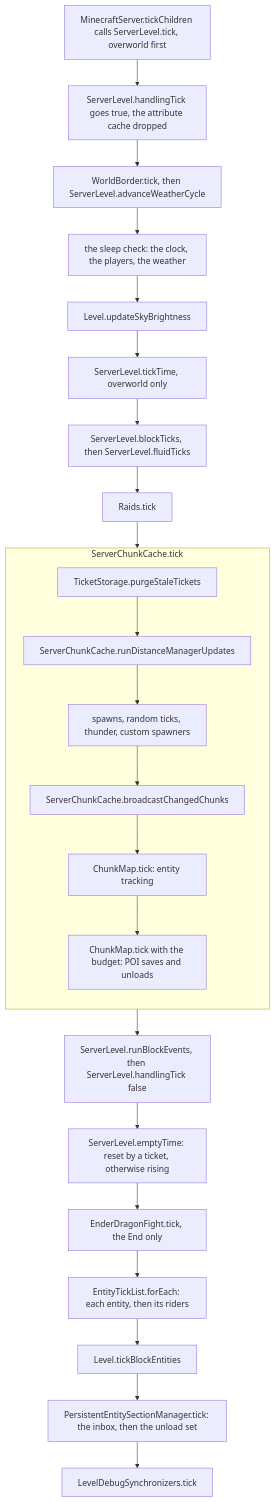
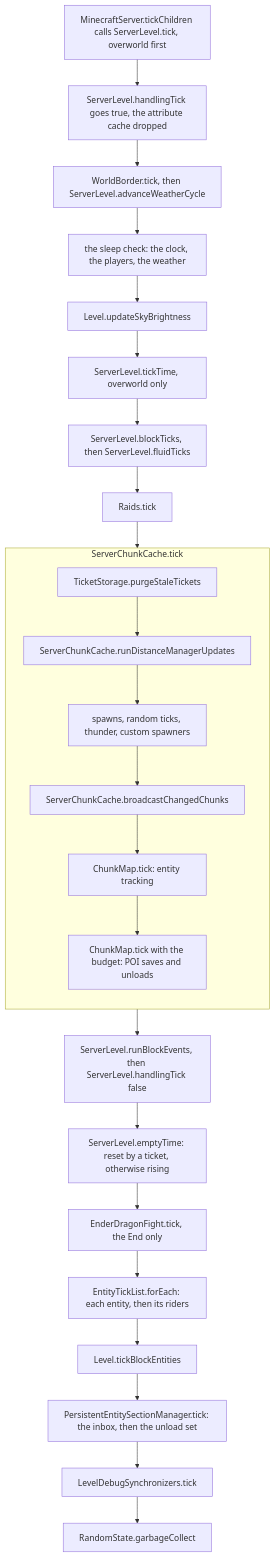
The first of 2 diagrams in src/systems/server/server-level-tick.md (AlexanderjFraser/MinecraftDocs), drawn with Mermaid before and after one commit. The commit also changed other lines of this file and 15 other files, not shown here.

````diff
--- a/src/systems/server/server-level-tick.md
+++ b/src/systems/server/server-level-tick.md
@@ -75,30 +77,31 @@
 ```mermaid
 flowchart TD
     START["MinecraftServer.tickChildren calls ServerLevel.tick, overworld first"]
     ENV["ServerLevel.handlingTick goes true, the attribute cache dropped"]
     WB["WorldBorder.tick, then ServerLevel.advanceWeatherCycle"]
     SLEEP["the sleep check: the clock, the players, the weather"]
     SKY["Level.updateSkyBrightness"]
     TIME["ServerLevel.tickTime, overworld only"]
     SCHED["ServerLevel.blockTicks, then ServerLevel.fluidTicks"]
     RAID["Raids.tick"]
     subgraph SCC["ServerChunkCache.tick"]
         direction TB
         PURGE["TicketStorage.purgeStaleTickets"]
         DIST["ServerChunkCache.runDistanceManagerUpdates"]
         CHUNKS["spawns, random ticks, thunder, custom spawners"]
         CAST["ServerChunkCache.broadcastChangedChunks"]
         TRACK["ChunkMap.tick: entity tracking"]
         UNLOAD["ChunkMap.tick with the budget: POI saves and unloads"]
         PURGE --> DIST --> CHUNKS --> CAST --> TRACK --> UNLOAD
     end
     EVENTS["ServerLevel.runBlockEvents, then ServerLevel.handlingTick false"]
     EMPTY["ServerLevel.emptyTime: reset by a ticket, otherwise rising"]
     DRAGON["EnderDragonFight.tick, the End only"]
     ENT["EntityTickList.forEach: each entity, then its riders"]
     BE["Level.tickBlockEntities"]
     EM["PersistentEntitySectionManager.tick: the inbox, then the unload set"]
     DBG["LevelDebugSynchronizers.tick"]
+    GC["RandomState.garbageCollect"]
     START --> ENV --> WB --> SLEEP --> SKY --> TIME --> SCHED --> RAID --> PURGE
-    UNLOAD --> EVENTS --> EMPTY --> DRAGON --> ENT --> BE --> EM --> DBG
+    UNLOAD --> EVENTS --> EMPTY --> DRAGON --> ENT --> BE --> EM --> DBG --> GC
 ```
````
